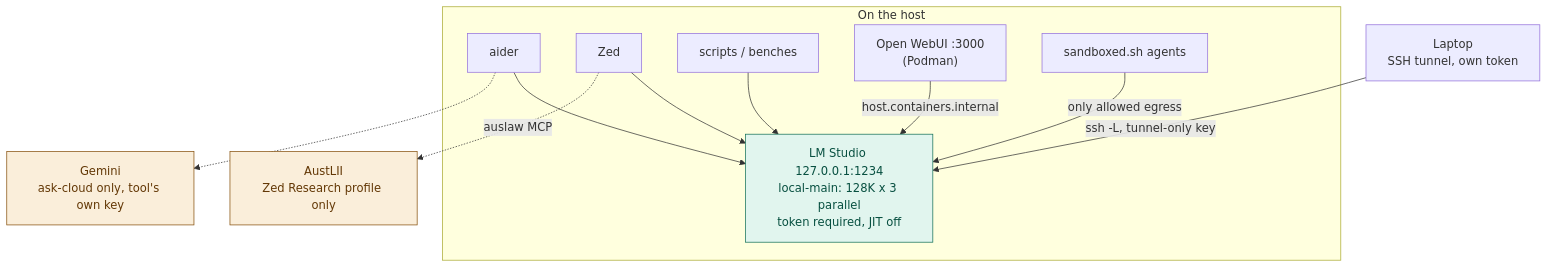
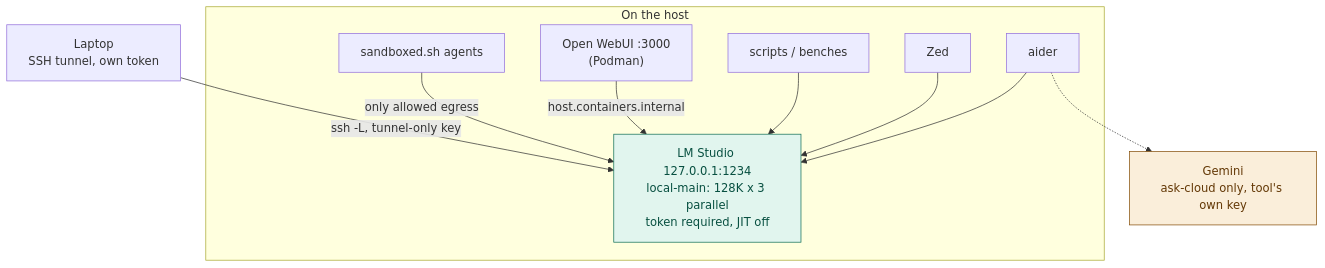
One commit to ouster/hearth changed the diagram in docs/ARCHITECTURE.md. Above: the diagram before and after it, drawn with Mermaid. The commit also changed 7 other files, not shown here.

Commit message:
Record auslaw as an uninstalled Zed setup example so the registry matches the host.

````diff
--- a/docs/ARCHITECTURE.md
+++ b/docs/ARCHITECTURE.md
@@ -11,29 +11,27 @@
 ```mermaid
 flowchart TB
     subgraph onHost["On the host"]
         aider["aider"]
         zed["Zed"]
         scripts["scripts / benches"]
         webui["Open WebUI :3000<br/>(Podman)"]
         sbx["sandboxed.sh agents"]
         lms["LM Studio 127.0.0.1:1234<br/>local-main: 128K x 3 parallel<br/>token required, JIT off"]
     end
 
     laptop["Laptop<br/>SSH tunnel, own token"]
     cloud["Gemini<br/>ask-cloud only, tool's own key"]
-    austlii["AustLII<br/>Zed Research profile only"]
 
     aider --> lms
     zed --> lms
     scripts --> lms
     webui -->|"host.containers.internal"| lms
     sbx -->|"only allowed egress"| lms
     laptop -->|"ssh -L, tunnel-only key"| lms
     aider -.-> cloud
-    zed -.->|"auslaw MCP"| austlii
 
     classDef localCls fill:#E1F5EE,stroke:#0F6E56,color:#085041
     classDef leaveCls fill:#FAEEDA,stroke:#854F0B,color:#633806
     class lms localCls
-    class cloud,austlii leaveCls
+    class cloud leaveCls
 ```
````
